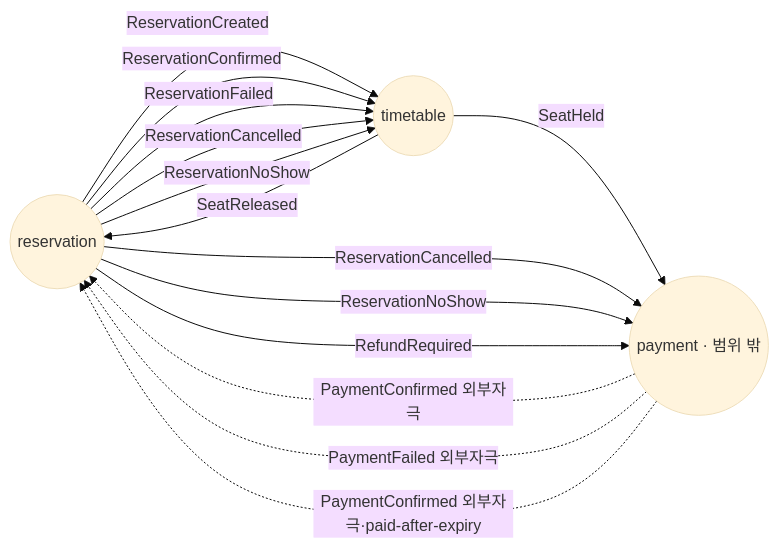
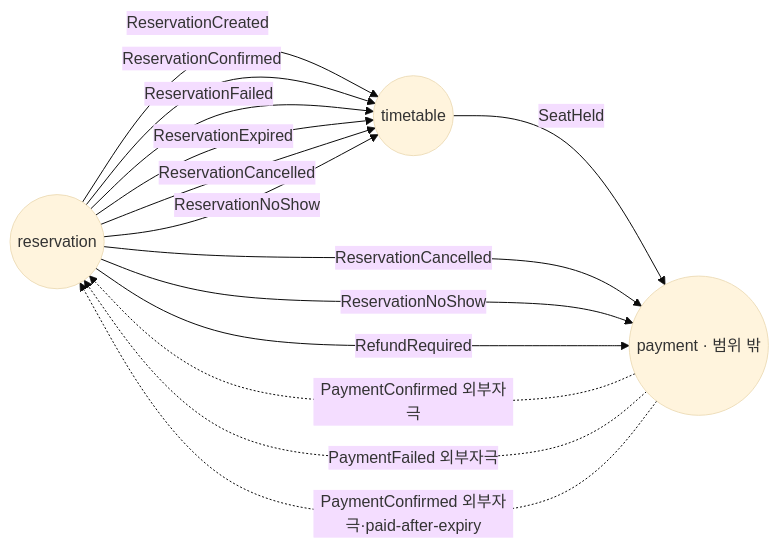
The diagram in docs/v2/event-storming/04-policies-and-choreography.md (newkayak12/prototype-reservation-system), drawn with Mermaid (base theme) before and after one commit. The commit also changed other lines of this file and 45 other files, not shown here.

````diff
--- a/docs/v2/event-storming/04-policies-and-choreography.md
+++ b/docs/v2/event-storming/04-policies-and-choreography.md
@@ -78,20 +78,20 @@
 ```mermaid
 graph LR
     reservation((reservation))
     timetable((timetable))
     payment((payment · 범위 밖))
 
     reservation -->|ReservationCreated| timetable
     timetable -->|SeatHeld| payment
     payment -.->|PaymentConfirmed 외부자극| reservation
     reservation -->|ReservationConfirmed| timetable
     payment -.->|PaymentFailed 외부자극| reservation
     reservation -->|ReservationFailed| timetable
-    timetable -->|SeatReleased| reservation
+    reservation -->|ReservationExpired| timetable
     reservation -->|ReservationCancelled| timetable
     reservation -->|ReservationCancelled| payment
     reservation -->|ReservationNoShow| timetable
     reservation -->|ReservationNoShow| payment
     reservation -->|RefundRequired| payment
     payment -.->|PaymentConfirmed 외부자극·paid-after-expiry| reservation
 ```
````
